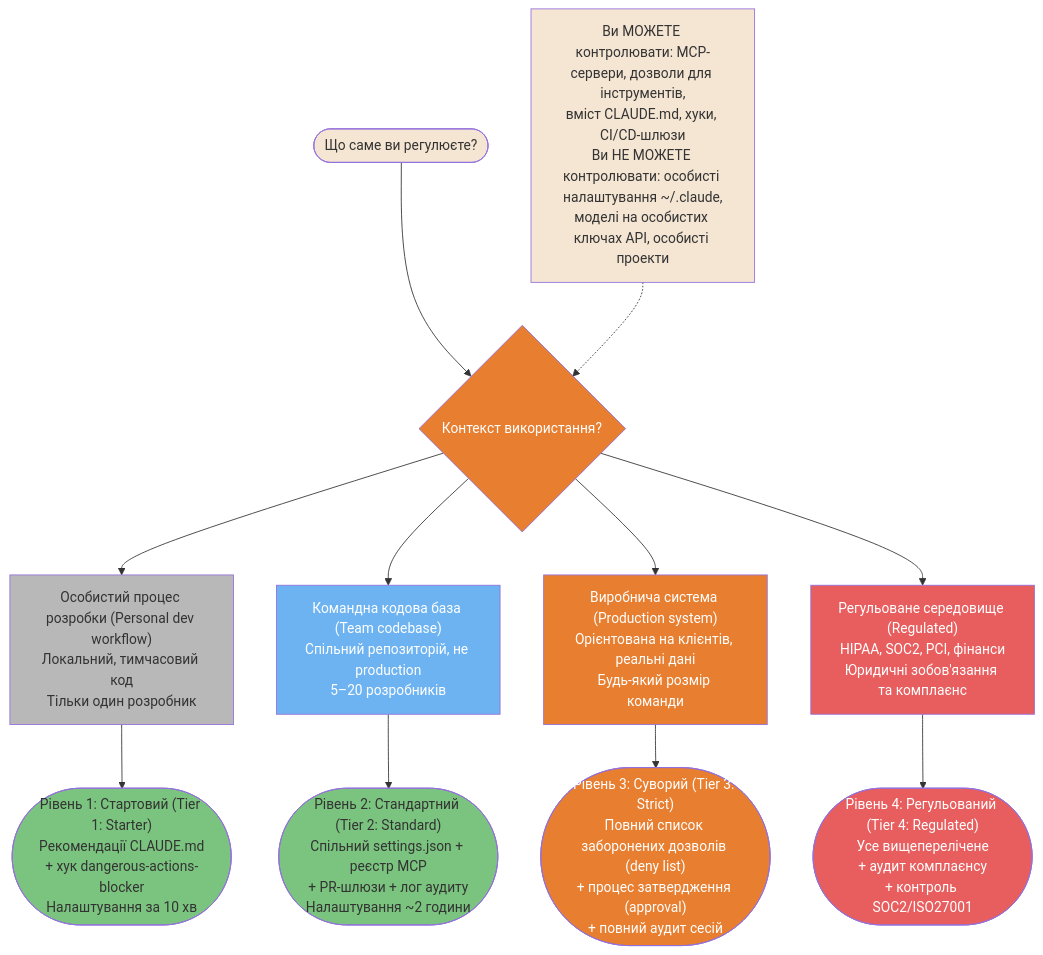
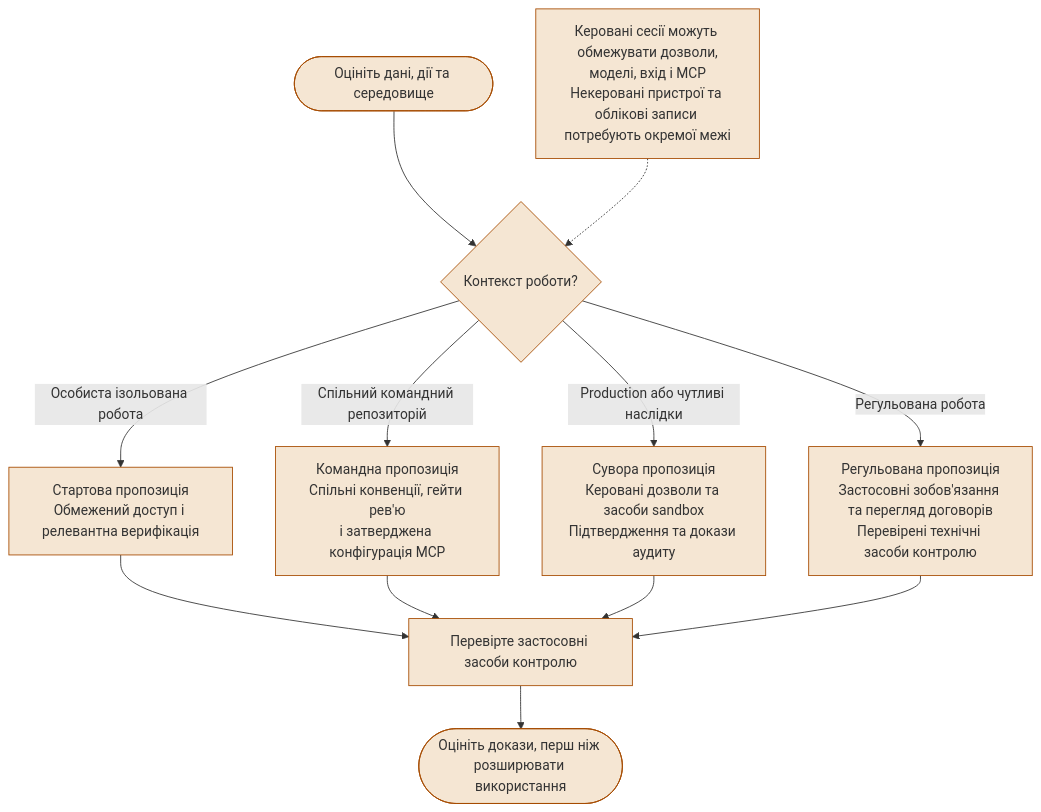
Before and after one commit to sermers-cyber/claude-code-ultimate-guide-ua: the first of 4 diagrams in guide/diagrams/12-enterprise-governance.uk.md, drawn with Mermaid. The commit also changed other lines of this file and 80 other files, not shown here.

````diff
--- a/guide/diagrams/12-enterprise-governance.uk.md
+++ b/guide/diagrams/12-enterprise-governance.uk.md
@@ -19,40 +17,26 @@
 ```mermaid
 flowchart TD
-    A([Що саме ви регулюєте?]) --> B{Контекст використання?}
+    A([Оцініть дані, дії та середовище]) --> B{Контекст роботи?}
+    B -->|Особиста ізольована робота| C[Стартова пропозиція<br/>Обмежений доступ і релевантна верифікація]
+    B -->|Спільний командний репозиторій| D[Командна пропозиція<br/>Спільні конвенції, гейти рев'ю<br/>і затверджена конфігурація MCP]
+    B -->|Production або чутливі наслідки| E[Сувора пропозиція<br/>Керовані дозволи та засоби sandbox<br/>Підтвердження та докази аудиту]
+    B -->|Регульована робота| F[Регульована пропозиція<br/>Застосовні зобов'язання та перегляд договорів<br/>Перевірені технічні засоби контролю]
+    C --> G[Перевірте застосовні засоби контролю]
+    D --> G
+    E --> G
+    F --> G
+    H[Керовані сесії можуть обмежувати дозволи,<br/>моделі, вхід і MCP<br/>Некеровані пристрої та облікові записи потребують окремої межі] -.-> B
+    G --> I([Оцініть докази, перш ніж розширювати використання])
 
-    B --> P["Особистий процес розробки (Personal dev workflow)<br/>Локальний, тимчасовий код<br/>Тільки один розробник"]
-    B --> T["Командна кодова база (Team codebase)<br/>Спільний репозиторій, не production<br/>5–20 розробників"]
-    B --> PR["Виробнича система (Production system)<br/>Орієнтована на клієнтів, реальні дані<br/>Будь-який розмір команди"]
-    B --> REG["Регульоване середовище (Regulated)<br/>HIPAA, SOC2, PCI, фінанси<br/>Юридичні зобов'язання та комплаєнс"]
-
-    P --> TIER1(["Рівень 1: Стартовий (Tier 1: Starter)<br/>Рекомендації CLAUDE.md<br/>+ хук dangerous-actions-blocker<br/>Налаштування за 10 хв"])
-    T --> TIER2(["Рівень 2: Стандартний (Tier 2: Standard)<br/>Спільний settings.json + реєстр MCP<br/>+ PR-шлюзи + лог аудиту<br/>Налаштування ~2 години"])
-    PR --> TIER3(["Рівень 3: Суворий (Tier 3: Strict)<br/>Повний список заборонених дозволів (deny list)<br/>+ процес затвердження (approval)<br/>+ повний аудит сесій"])
-    REG --> TIER4(["Рівень 4: Регульований (Tier 4: Regulated)<br/>Усе вищеперелічене<br/>+ аудит комплаєнсу<br/>+ контроль SOC2/ISO27001"])
-
-    NOTE["Ви МОЖЕТЕ контролювати: MCP-сервери, дозволи для інструментів,<br/>вміст CLAUDE.md, хуки, CI/CD-шлюзи<br/>Ви НЕ МОЖЕТЕ контролювати: особисті налаштування ~/.claude,<br/>моделі на особистих ключах API, особисті проекти"] -.-> B
-
-    style A fill:#F5E6D3,color:#333
-    style B fill:#E87E2F,color:#fff
-    style P fill:#B8B8B8,color:#333
-    style T fill:#6DB3F2,color:#fff
-    style PR fill:#E87E2F,color:#fff
-    style REG fill:#E85D5D,color:#fff
-    style TIER1 fill:#7BC47F,color:#333
-    style TIER2 fill:#7BC47F,color:#333
-    style TIER3 fill:#E87E2F,color:#fff
-    style TIER4 fill:#E85D5D,color:#fff
-    style NOTE fill:#F5E6D3,color:#333
-
-    click A href "https://github.com/gerasimsergey/claude-code-ultimate-guide-ua/blob/main/guide/security/enterprise-governance.md#1-local-vs-shared-the-governance-split" "What are you governing?"
-    click B href "https://github.com/gerasimsergey/claude-code-ultimate-guide-ua/blob/main/guide/security/enterprise-governance.md#1-local-vs-shared-the-governance-split" "Usage context?"
-    click P href "https://github.com/gerasimsergey/claude-code-ultimate-guide-ua/blob/main/guide/security/enterprise-governance.md#4-guardrail-tiers" "Personal dev workflow"
-    click T href "https://github.com/gerasimsergey/claude-code-ultimate-guide-ua/blob/main/guide/security/enterprise-governance.md#4-guardrail-tiers" "Team codebase"
-    click PR href "https://github.com/gerasimsergey/claude-code-ultimate-guide-ua/blob/main/guide/security/enterprise-governance.md#4-guardrail-tiers" "Production system"
-    click REG href "https://github.com/gerasimsergey/claude-code-ultimate-guide-ua/blob/main/guide/security/enterprise-governance.md#4-guardrail-tiers" "Regulated environment"
-    click TIER1 href "https://github.com/gerasimsergey/claude-code-ultimate-guide-ua/blob/main/guide/security/enterprise-governance.md#4-guardrail-tiers" "Tier 1: Starter"
-    click TIER2 href "https://github.com/gerasimsergey/claude-code-ultimate-guide-ua/blob/main/guide/security/enterprise-governance.md#4-guardrail-tiers" "Tier 2: Standard"
-    click TIER3 href "https://github.com/gerasimsergey/claude-code-ultimate-guide-ua/blob/main/guide/security/enterprise-governance.md#4-guardrail-tiers" "Tier 3: Strict"
-    click TIER4 href "https://github.com/gerasimsergey/claude-code-ultimate-guide-ua/blob/main/guide/security/enterprise-governance.md#4-guardrail-tiers" "Tier 4: Regulated"
-    click NOTE href "https://github.com/gerasimsergey/claude-code-ultimate-guide-ua/blob/main/guide/security/enterprise-governance.md#12-what-you-can-and-cant-control" "What you can/cannot control"
+    classDef diagramNode fill:#F5E6D3,color:#333,stroke:#A64B00
+    class A,B,C,D,E,F,G,H,I diagramNode
+    click A href "https://github.com/FlorianBruniaux/claude-code-ultimate-guide/blob/main/guide/security/enterprise-governance.md#1-local-vs-shared-the-governance-split" "View in guide"
+    click B href "https://github.com/FlorianBruniaux/claude-code-ultimate-guide/blob/main/guide/security/enterprise-governance.md#1-local-vs-shared-the-governance-split" "View in guide"
+    click C href "https://github.com/FlorianBruniaux/claude-code-ultimate-guide/blob/main/guide/security/enterprise-governance.md#1-local-vs-shared-the-governance-split" "View in guide"
+    click D href "https://github.com/FlorianBruniaux/claude-code-ultimate-guide/blob/main/guide/security/enterprise-governance.md#1-local-vs-shared-the-governance-split" "View in guide"
+    click E href "https://github.com/FlorianBruniaux/claude-code-ultimate-guide/blob/main/guide/security/enterprise-governance.md#1-local-vs-shared-the-governance-split" "View in guide"
+    click F href "https://github.com/FlorianBruniaux/claude-code-ultimate-guide/blob/main/guide/security/enterprise-governance.md#1-local-vs-shared-the-governance-split" "View in guide"
+    click G href "https://github.com/FlorianBruniaux/claude-code-ultimate-guide/blob/main/guide/security/enterprise-governance.md#1-local-vs-shared-the-governance-split" "View in guide"
+    click H href "https://github.com/FlorianBruniaux/claude-code-ultimate-guide/blob/main/guide/security/enterprise-governance.md#1-local-vs-shared-the-governance-split" "View in guide"
+    click I href "https://github.com/FlorianBruniaux/claude-code-ultimate-guide/blob/main/guide/security/enterprise-governance.md#1-local-vs-shared-the-governance-split" "View in guide"
 ```
````
